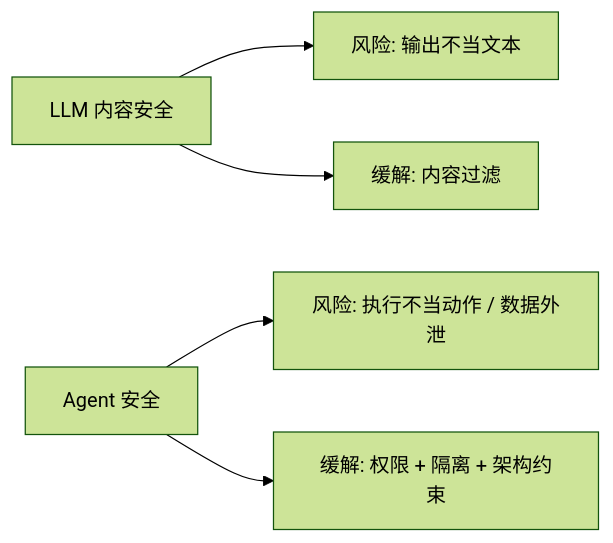
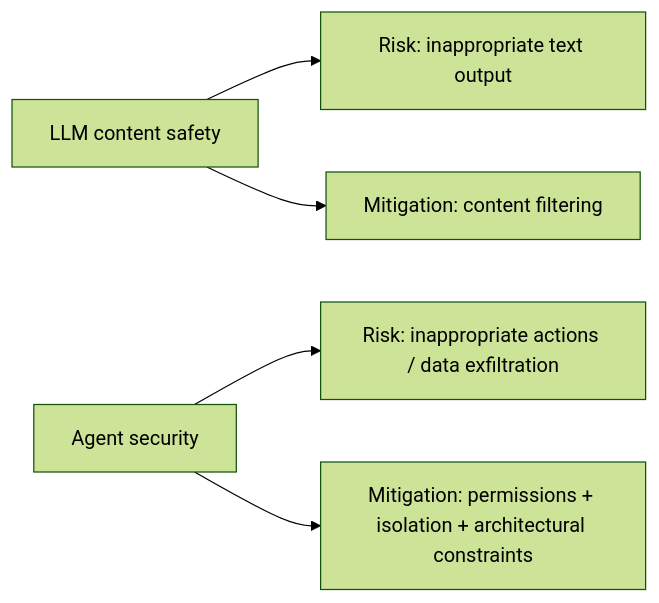
The first of 6 diagrams in docs/agent/05-production/15-agent-security.md (oneleaveknowsthefall/awesome-ai-roadmap), drawn with Mermaid (forest theme) before and after one commit. The commit also changed other lines of this file and 68 other files, not shown here.

````diff
--- a/docs/agent/05-production/15-agent-security.md
+++ b/docs/agent/05-production/15-agent-security.md
@@ -17,8 +17,8 @@
 ```mermaid
 flowchart LR
-    LLM[LLM 内容安全] --> R1[风险: 输出不当文本]
-    LLM --> M1[缓解: 内容过滤]
+    LLM[LLM content safety] --> R1[Risk: inappropriate text output]
+    LLM --> M1[Mitigation: content filtering]
 
-    AG[Agent 安全] --> R2[风险: 执行不当动作 / 数据外泄]
-    AG --> M2[缓解: 权限 + 隔离 + 架构约束]
+    AG[Agent security] --> R2[Risk: inappropriate actions / data exfiltration]
+    AG --> M2[Mitigation: permissions + isolation + architectural constraints]
 ```
````
